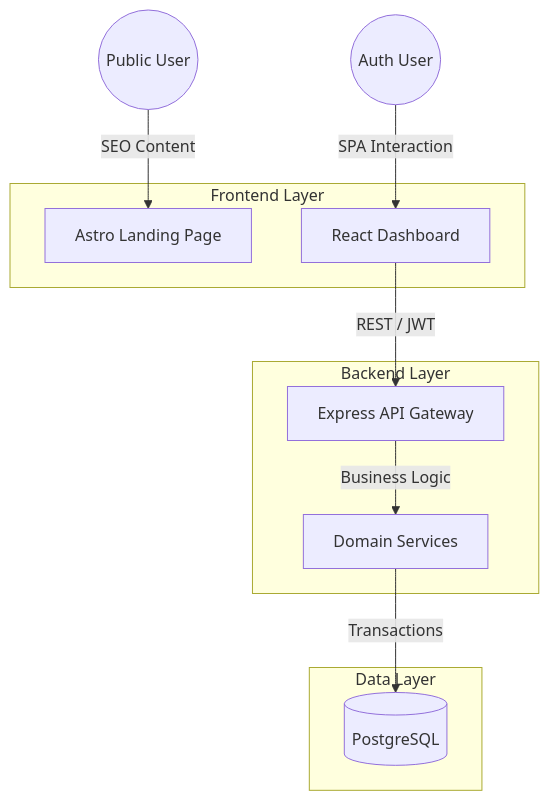
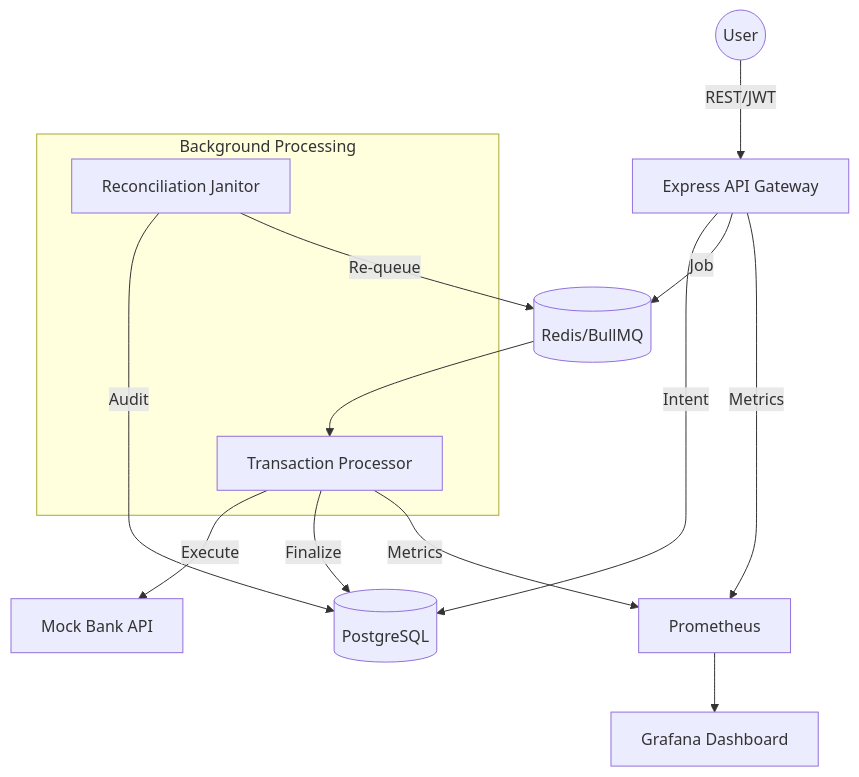
One commit to JDevAman/kizo changed the diagram in README.md. Above: the diagram before and after it, drawn with Mermaid. The commit also changed other lines of this file and 156 other files, not shown here.

````diff
--- a/README.md
+++ b/README.md
@@ -38,26 +24,21 @@
 ```mermaid
 graph TD
-    User((Public User))
-    AuthUser((Auth User))
+    User((User)) -->|REST/JWT| API[Express API Gateway]
+    API -->|Intent| DB[(PostgreSQL)]
+    API -->|Job| Redis[(Redis/BullMQ)]
 
-    subgraph "Frontend Layer"
-        Astro[Astro Landing Page]
-        React[React Dashboard]
+    subgraph "Background Processing"
+        Worker[Transaction Processor]
+        Janitor[Reconciliation Janitor]
     end
 
-    subgraph "Backend Layer"
-        Express[Express API Gateway]
-        Services[Domain Services]
-    end
+    Redis --> Worker
+    Worker -->|Execute| Bank[Mock Bank API]
+    Worker -->|Finalize| DB
 
-    subgraph "Data Layer"
-        Postgres[(PostgreSQL)]
-    end
+    Janitor -->|Audit| DB
+    Janitor -->|Re-queue| Redis
 
-    User -->|SEO Content| Astro
-    AuthUser -->|SPA Interaction| React
-    React -->|REST / JWT| Express
-    Express -->|Business Logic| Services
-    Services -->|Transactions| Postgres
-
+    API & Worker -->|Metrics| Prom[Prometheus]
+    Prom --> Grafana[Grafana Dashboard]
 ```
````
